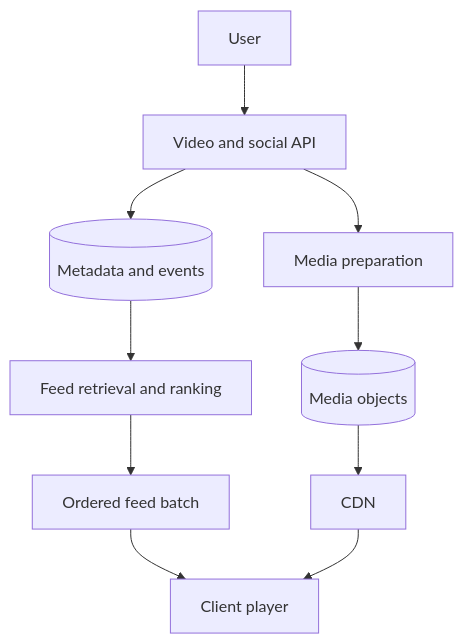
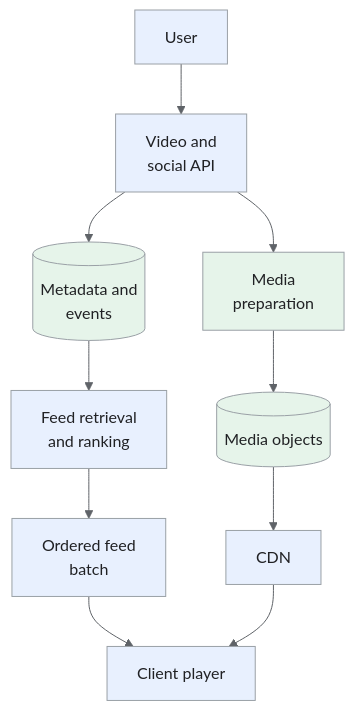
The first of 7 diagrams in _designs/system-design-tiktok-reels.md (iliazlobin/iliazlobin.github.io), drawn with Mermaid before and after one commit. The commit also changed other lines of this file and 131 other files, not shown here.

````diff
--- a/_designs/system-design-tiktok-reels.md
+++ b/_designs/system-design-tiktok-reels.md
@@ -141,12 +158,19 @@
 ```mermaid
+%%{init: {"theme":"base","themeVariables":{"primaryColor":"#e8f0fe","primaryBorderColor":"#9aa0a6","primaryTextColor":"#202124","secondaryColor":"#e6f4ea","tertiaryColor":"#fef7e0","lineColor":"#5f6368","actorBkg":"#e8f0fe","actorBorder":"#9aa0a6","actorTextColor":"#202124","noteBkgColor":"#fef7e0","noteBorderColor":"#9aa0a6","noteTextColor":"#202124","signalColor":"#5f6368","signalTextColor":"#202124"}}}%%
 flowchart TB
-    U["User"] --> API["Video and social API"]
-    API --> M[("Metadata and events")]
-    API --> T["Media preparation"]
+    U["User"] --> API["Video and<br>social API"]
+    API --> M[("Metadata and<br>events")]
+    API --> T["Media<br>preparation"]
     T --> O[("Media objects")]
-    M --> F["Feed retrieval and ranking"]
-    F --> B["Ordered feed batch"]
+    M --> F["Feed retrieval<br>and ranking"]
+    F --> B["Ordered feed<br>batch"]
     B --> P["Client player"]
     O --> C["CDN"]
     C --> P
+classDef request fill:#e8f0fe,stroke:#9aa0a6,color:#202124;
+classDef data fill:#e6f4ea,stroke:#9aa0a6,color:#202124;
+classDef control fill:#fef7e0,stroke:#9aa0a6,color:#202124;
+class U,API,F,B,P,C request;
+class M,T,O data;
+
 ```
````
